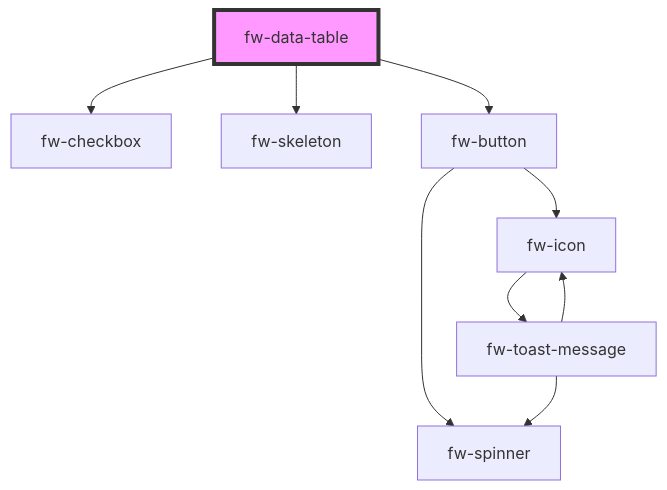
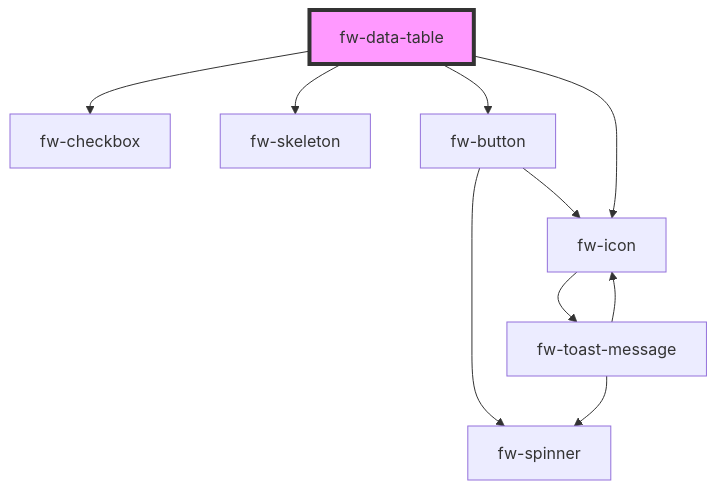
The diagram in packages/crayons-core/src/components/data-table/readme.md (freshworks/crayons), drawn with Mermaid before and after one commit. The commit also changed other lines of this file and 3 other files, not shown here.

Commit message:
feat(data-table): adding rowActions icon in button feature

````diff
--- a/packages/crayons-core/src/components/data-table/readme.md
+++ b/packages/crayons-core/src/components/data-table/readme.md
@@ -1235,12 +1238,13 @@
 ```mermaid
 graph TD;
   fw-data-table --> fw-checkbox
   fw-data-table --> fw-skeleton
   fw-data-table --> fw-button
+  fw-data-table --> fw-icon
   fw-button --> fw-spinner
   fw-button --> fw-icon
   fw-icon --> fw-toast-message
   fw-toast-message --> fw-spinner
   fw-toast-message --> fw-icon
   style fw-data-table fill:#f9f,stroke:#333,stroke-width:4px
 ```
````
